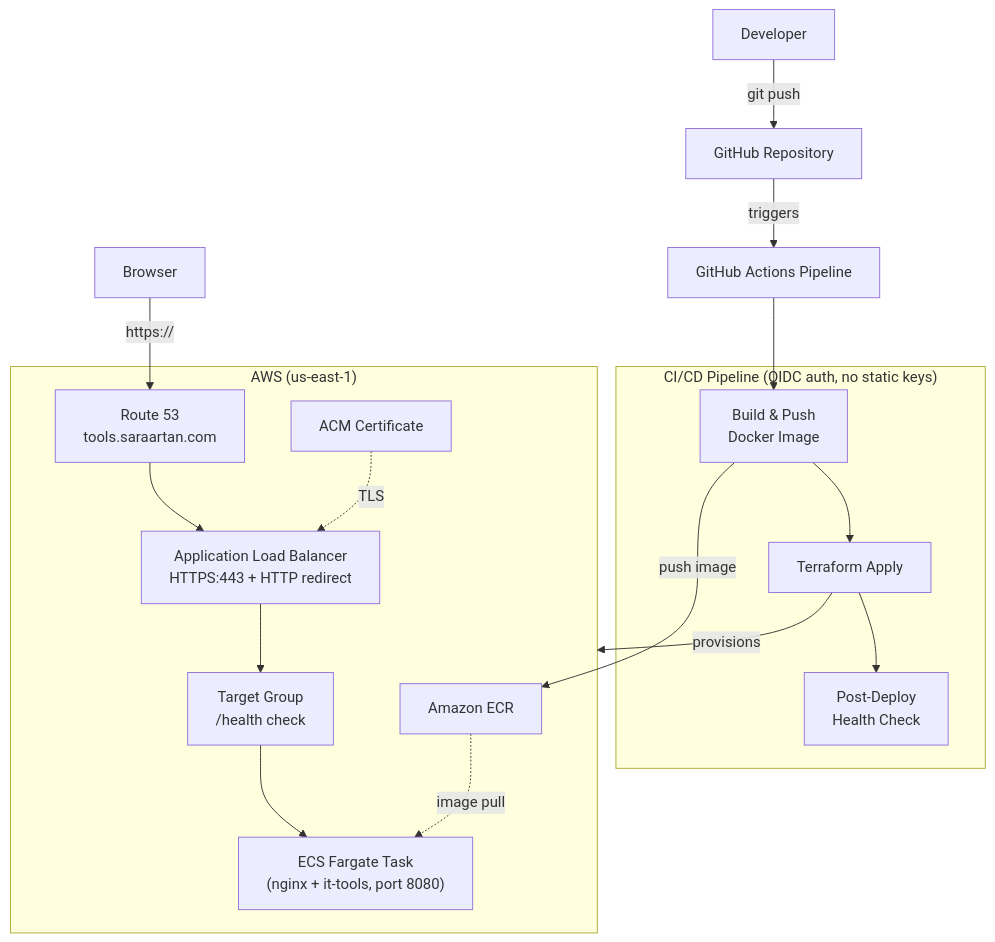
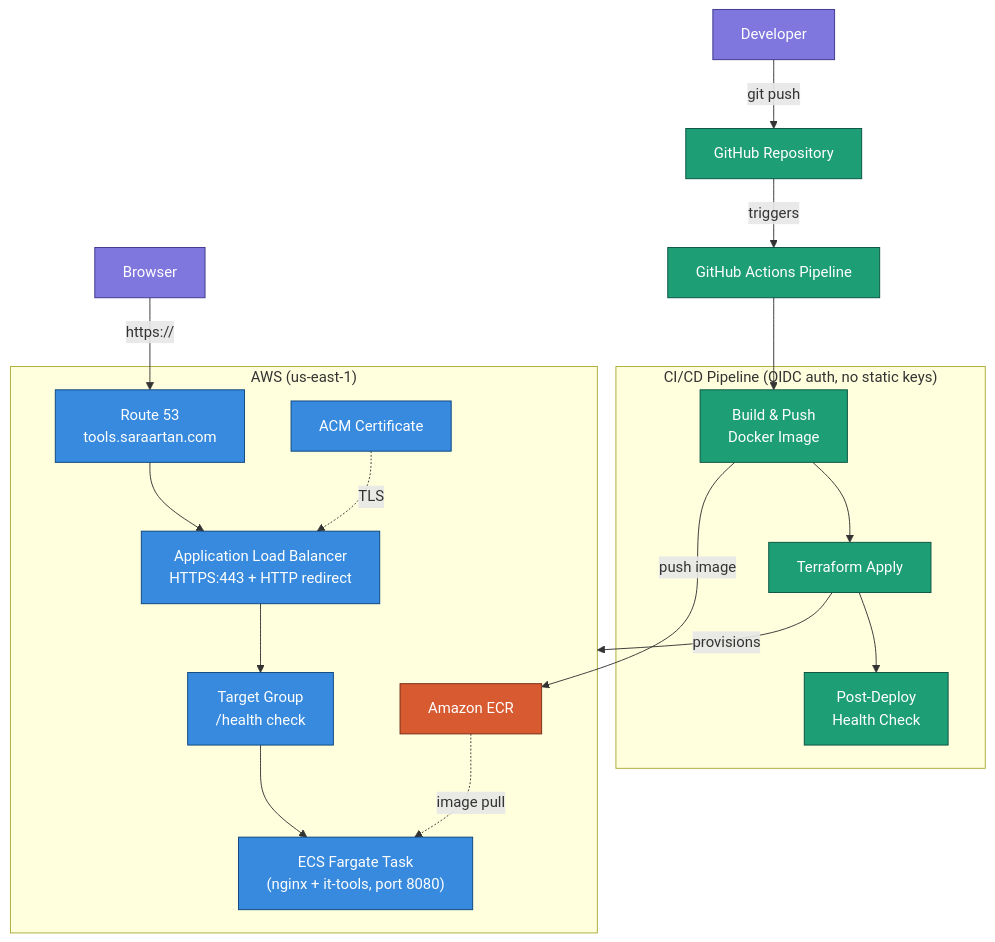
One commit to saraartan/it-tools-ecs changed the diagram in README.md. Above: the diagram before and after it, drawn with Mermaid.

Commit message:
Add color styling to architecture diagram

````diff
--- a/README.md
+++ b/README.md
@@ -15,27 +15,37 @@
 ```mermaid
 flowchart TB
     Dev["Developer"] -->|git push| GH["GitHub Repository"]
     GH -->|triggers| GHA["GitHub Actions Pipeline"]
 
     subgraph CICD["CI/CD Pipeline (OIDC auth, no static keys)"]
         Build["Build & Push\nDocker Image"]
         TFDeploy["Terraform Apply"]
         Health["Post-Deploy\nHealth Check"]
         Build --> TFDeploy --> Health
     end
 
     GHA --> Build
 
     Build -->|push image| ECR["Amazon ECR"]
     TFDeploy -->|provisions| AWS
 
     subgraph AWS["AWS (us-east-1)"]
         R53["Route 53\ntools.saraartan.com"] --> ALB["Application Load Balancer\nHTTPS:443 + HTTP redirect"]
         ACM["ACM Certificate"] -.->|TLS| ALB
         ALB --> TG["Target Group\n/health check"]
         TG --> Task["ECS Fargate Task\n(nginx + it-tools, port 8080)"]
         ECR -.->|image pull| Task
     end
 
     User["Browser"] -->|https://| R53
+
+    classDef external fill:#7F77DD,stroke:#3C3489,color:#fff
+    classDef cicd fill:#1D9E75,stroke:#085041,color:#fff
+    classDef aws fill:#378ADD,stroke:#0C447C,color:#fff
+    classDef registry fill:#D85A30,stroke:#712B13,color:#fff
+
+    class Dev,User external
+    class GH,GHA,Build,TFDeploy,Health cicd
+    class R53,ALB,ACM,TG,Task aws
+    class ECR registry
 ```
````
